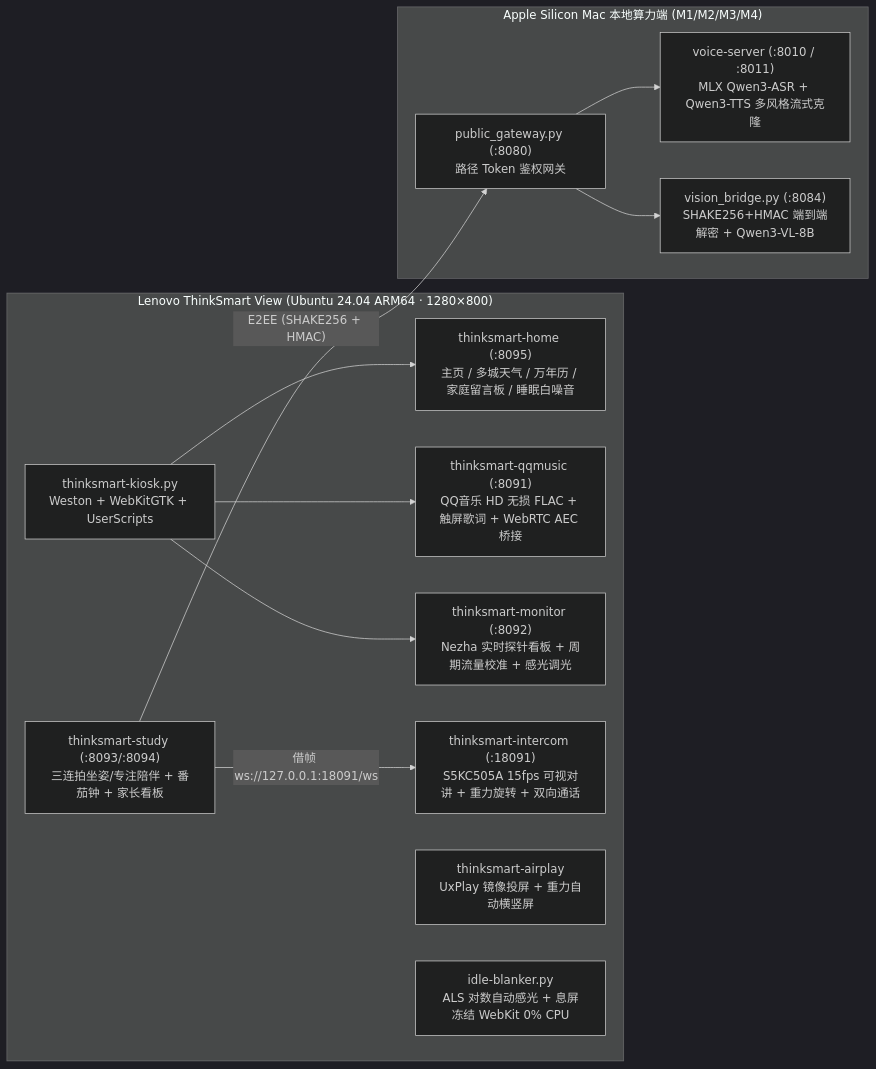
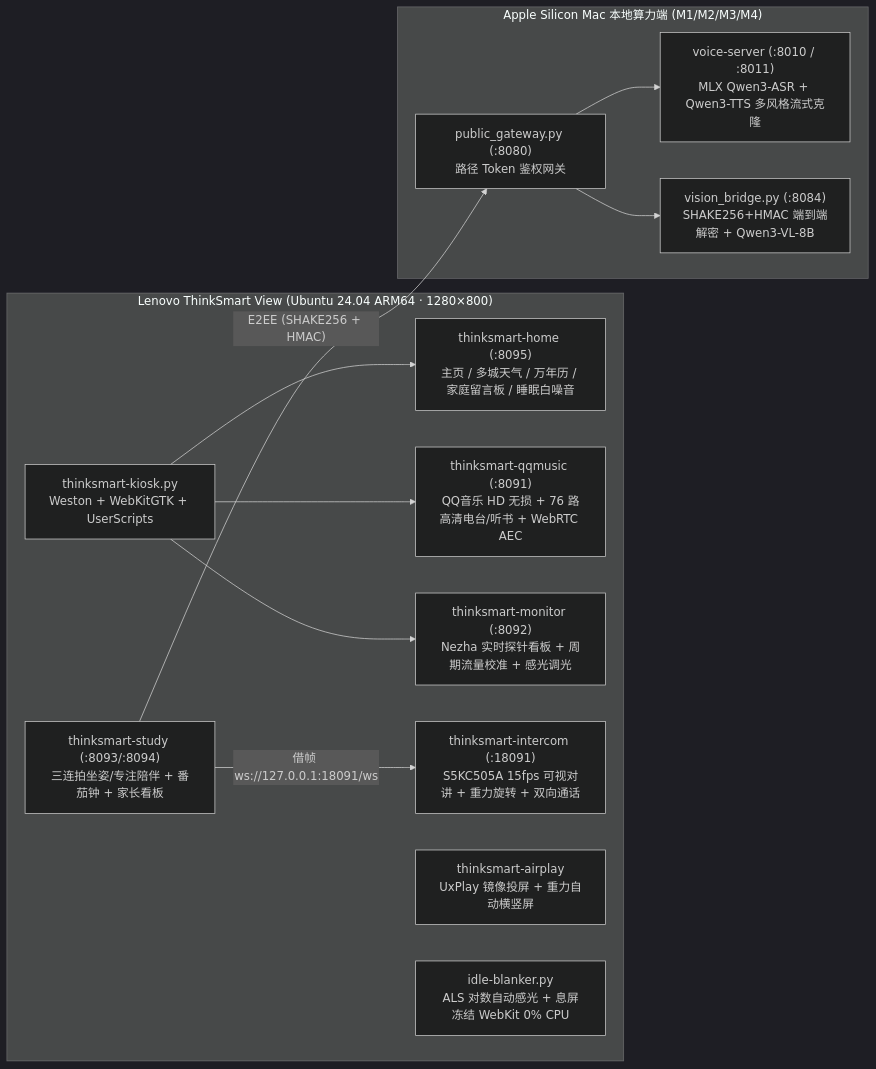
One commit to Hmmmmmmmmmm/thinksmart-view changed the diagram in README.md. Above: the diagram before and after it, drawn with Mermaid (dark theme). The commit also changed other lines of this file and 10 other files, not shown here.

````diff
--- a/README.md
+++ b/README.md
@@ -24,27 +27,27 @@
 ```mermaid
 flowchart LR
     subgraph Device["Lenovo ThinkSmart View (Ubuntu 24.04 ARM64 · 1280×800)"]
         Kiosk["thinksmart-kiosk.py<br/>Weston + WebKitGTK + UserScripts"]
         Home["thinksmart-home (:8095)<br/>主页 / 多城天气 / 万年历 / 家庭留言板 / 睡眠白噪音"]
-        Music["thinksmart-qqmusic (:8091)<br/>QQ音乐 HD 无损 FLAC + 触屏歌词 + WebRTC AEC 桥接"]
+        Music["thinksmart-qqmusic (:8091)<br/>QQ音乐 HD 无损 + 76 路高清电台/听书 + WebRTC AEC"]
         Monitor["thinksmart-monitor (:8092)<br/>Nezha 实时探针看板 + 周期流量校准 + 感光调光"]
         Intercom["thinksmart-intercom (:18091)<br/>S5KC505A 15fps 可视对讲 + 重力旋转 + 双向通话"]
         Study["thinksmart-study (:8093/:8094)<br/>三连拍坐姿/专注陪伴 + 番茄钟 + 家长看板"]
         AirPlay["thinksmart-airplay<br/>UxPlay 镜像投屏 + 重力自动横竖屏"]
         Blanker["idle-blanker.py<br/>ALS 对数自动感光 + 息屏冻结 WebKit 0% CPU"]
     end
 
     subgraph Mac["Apple Silicon Mac 本地算力端 (M1/M2/M3/M4)"]
         Gateway["public_gateway.py (:8080)<br/>路径 Token 鉴权网关"]
         Voice["voice-server (:8010 / :8011)<br/>MLX Qwen3-ASR + Qwen3-TTS 多风格流式克隆"]
         Vision["vision_bridge.py (:8084)<br/>SHAKE256+HMAC 端到端解密 + Qwen3-VL-8B"]
     end
 
     Kiosk --> Home
     Kiosk --> Music
     Kiosk --> Monitor
     Study -->|"借帧 ws://127.0.0.1:18091/ws"| Intercom
     Study -->|"E2EE (SHAKE256 + HMAC)"| Gateway
     Gateway --> Vision
     Gateway --> Voice
 ```
````
